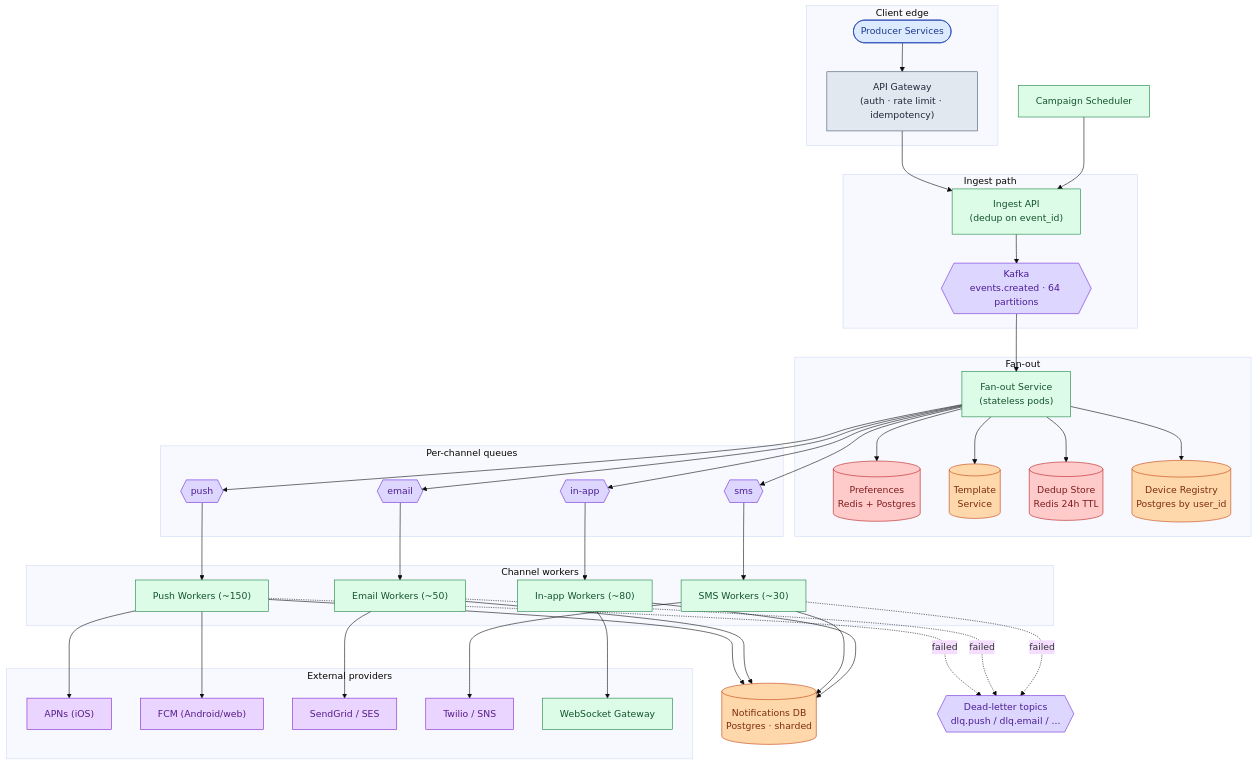
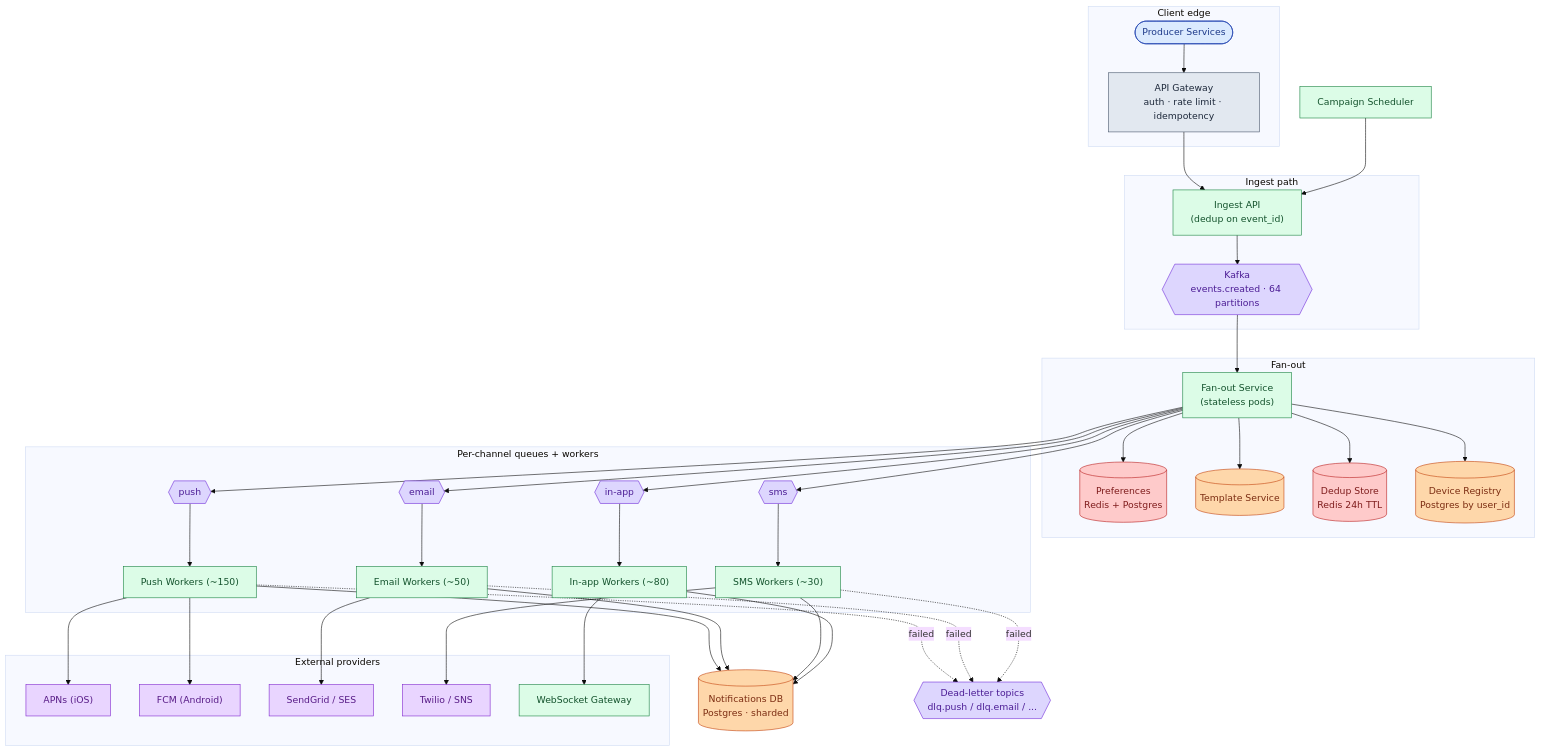
One commit to shiningflash/system-design changed the second of 4 diagrams in problems/010-notification-system/solution.md. Above: the diagram before and after it, drawn with Mermaid (base theme). The commit also changed other lines of this file and 37 other files, not shown here.

````diff
--- a/problems/010-notification-system/solution.md
+++ b/problems/010-notification-system/solution.md
@@ -301,79 +280,76 @@
 ```mermaid
 flowchart TB
     subgraph Edge["Client edge"]
         P([Producer Services]):::user
-        GW["API Gateway<br/>(auth · rate limit · idempotency)"]:::edge
+        GW["API Gateway<br/>auth · rate limit · idempotency"]:::edge
     end
 
     subgraph Ingest["Ingest path"]
         I["Ingest API<br/>(dedup on event_id)"]:::app
         K{{"Kafka<br/>events.created · 64 partitions"}}:::queue
     end
 
     subgraph FanOut["Fan-out"]
         F["Fan-out Service<br/>(stateless pods)"]:::app
         Prefs[("Preferences<br/>Redis + Postgres")]:::cache
-        Tmpl[("Template<br/>Service")]:::db
+        Tmpl[("Template Service")]:::db
         DD[("Dedup Store<br/>Redis 24h TTL")]:::cache
         DR[("Device Registry<br/>Postgres by user_id")]:::db
     end
 
-    subgraph Channels["Per-channel queues"]
+    subgraph Channels["Per-channel queues + workers"]
         KP{{"push"}}:::queue
         KE{{"email"}}:::queue
         KS{{"sms"}}:::queue
         KI{{"in-app"}}:::queue
-    end
-
-    subgraph Workers["Channel workers"]
         PW["Push Workers (~150)"]:::app
         EW["Email Workers (~50)"]:::app
         SW["SMS Workers (~30)"]:::app
         IW["In-app Workers (~80)"]:::app
     end
 
     subgraph Providers["External providers"]
         APNs["APNs (iOS)"]:::ext
-        FCM["FCM (Android/web)"]:::ext
+        FCM["FCM (Android)"]:::ext
         SG["SendGrid / SES"]:::ext
         TW["Twilio / SNS"]:::ext
         WS["WebSocket Gateway"]:::app
     end
 
     DB[("Notifications DB<br/>Postgres · sharded")]:::db
     DLQ{{"Dead-letter topics<br/>dlq.push / dlq.email / ..."}}:::queue
     Camp["Campaign Scheduler"]:::app
 
     P --> GW --> I
     I --> K
     K --> F
     F --> Prefs
     F --> Tmpl
     F --> DD
     F --> DR
     F --> KP --> PW
     F --> KE --> EW
     F --> KS --> SW
     F --> KI --> IW
     PW --> APNs
     PW --> FCM
     EW --> SG
     SW --> TW
     IW --> WS
     PW --> DB
     EW --> DB
     SW --> DB
     IW --> DB
     PW -.failed.-> DLQ
     EW -.failed.-> DLQ
     SW -.failed.-> DLQ
     Camp --> I
 
     classDef user fill:#dbeafe,stroke:#1e40af,color:#1e3a8a
     classDef edge fill:#e2e8f0,stroke:#475569,color:#1e293b
     classDef app fill:#dcfce7,stroke:#15803d,color:#14532d
     classDef db fill:#fed7aa,stroke:#c2410c,color:#7c2d12
     classDef cache fill:#fecaca,stroke:#b91c1c,color:#7f1d1d
     classDef queue fill:#ddd6fe,stroke:#6d28d9,color:#4c1d95
     classDef ext fill:#e9d5ff,stroke:#7e22ce,color:#581c87
 ```
````
